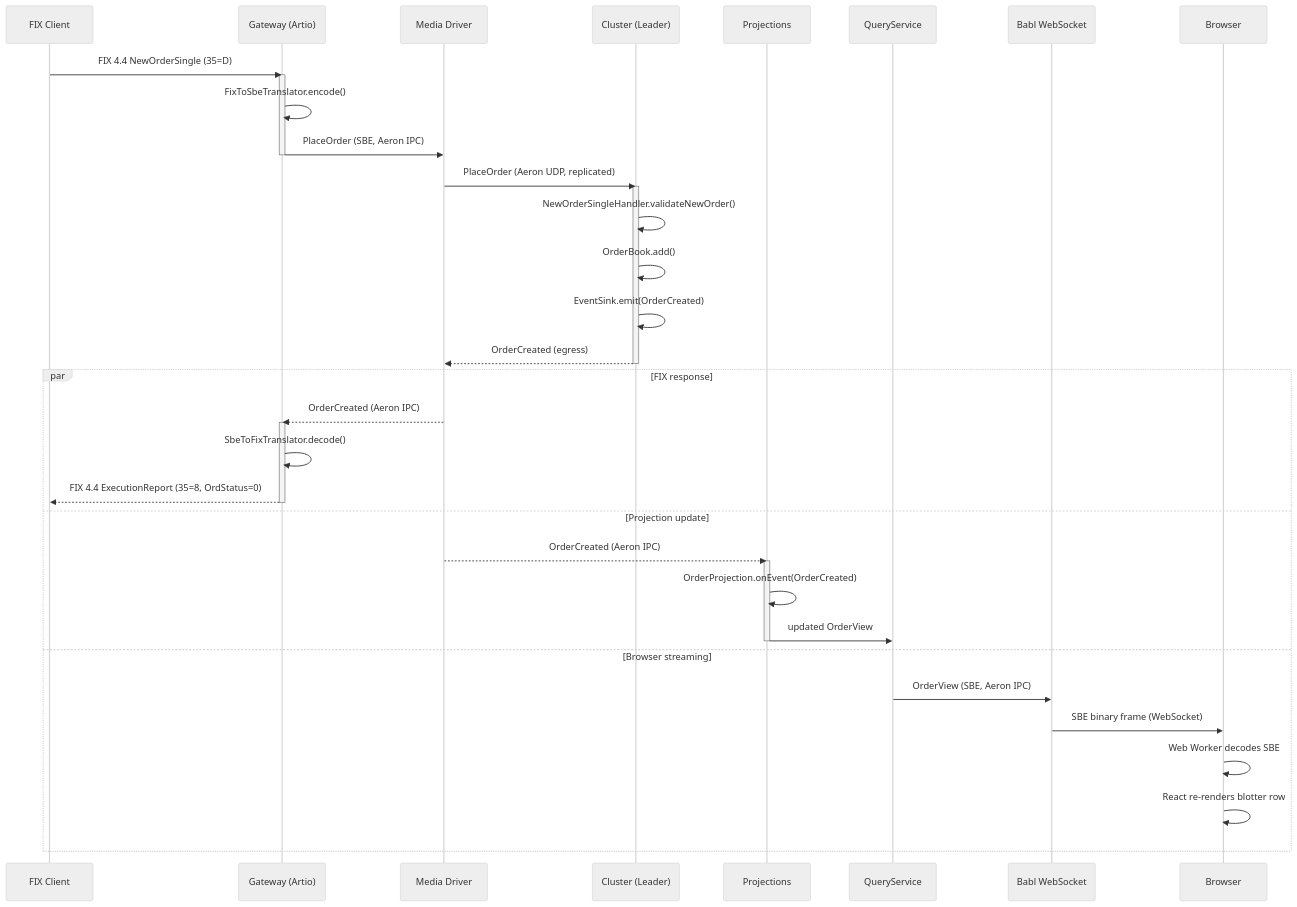
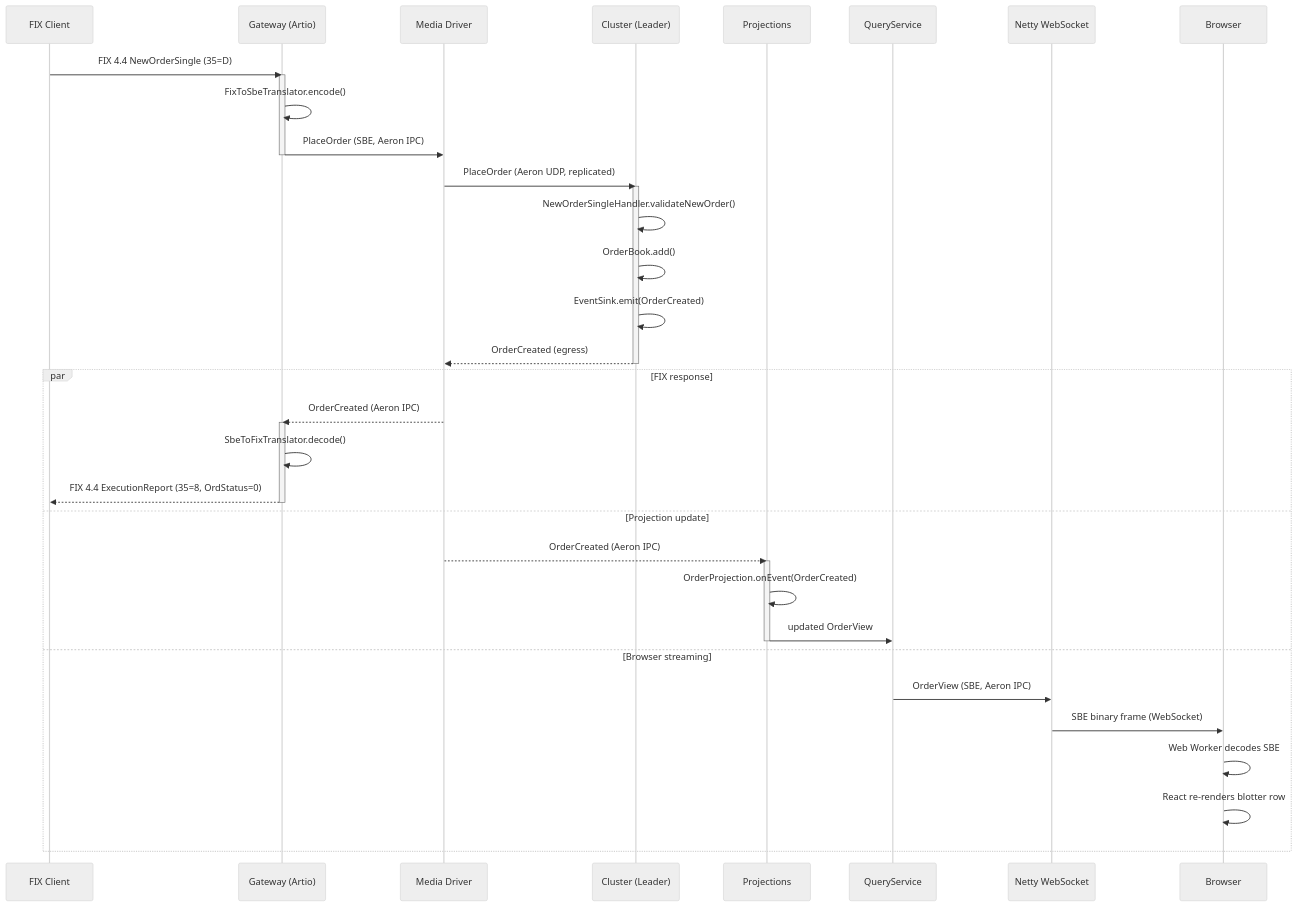
One commit to jsohi/app-trading-engine changed the first of 4 diagrams in docs/sequences.md. Above: the diagram before and after it, drawn with Mermaid (neutral theme). The commit also changed other lines of this file and 11 other files, not shown here.

First line of the commit message:
APP-35: rename Babl → Netty across all design docs + add websocket architecture doc

````diff
--- a/docs/sequences.md
+++ b/docs/sequences.md
@@ -7,44 +7,44 @@
 ```mermaid
 sequenceDiagram
     participant C as FIX Client
     participant G as Gateway (Artio)
     participant M as Media Driver
     participant K as Cluster (Leader)
     participant P as Projections
     participant Q as QueryService
-    participant B as Babl WebSocket
+    participant B as Netty WebSocket
     participant W as Browser
 
     C->>G: FIX 4.4 NewOrderSingle (35=D)
     activate G
     G->>G: FixToSbeTranslator.encode()
     G->>M: PlaceOrder (SBE, Aeron IPC)
     deactivate G
 
     M->>K: PlaceOrder (Aeron UDP, replicated)
     activate K
     K->>K: NewOrderSingleHandler.validateNewOrder()
     K->>K: OrderBook.add()
     K->>K: EventSink.emit(OrderCreated)
     K-->>M: OrderCreated (egress)
     deactivate K
 
     par FIX response
         M-->>G: OrderCreated (Aeron IPC)
         activate G
         G->>G: SbeToFixTranslator.decode()
         G-->>C: FIX 4.4 ExecutionReport (35=8, OrdStatus=0)
         deactivate G
     and Projection update
         M-->>P: OrderCreated (Aeron IPC)
         activate P
         P->>P: OrderProjection.onEvent(OrderCreated)
         P->>Q: updated OrderView
         deactivate P
     and Browser streaming
         Q->>B: OrderView (SBE, Aeron IPC)
         B->>W: SBE binary frame (WebSocket)
         W->>W: Web Worker decodes SBE
         W->>W: React re-renders blotter row
     end
 ```
````
